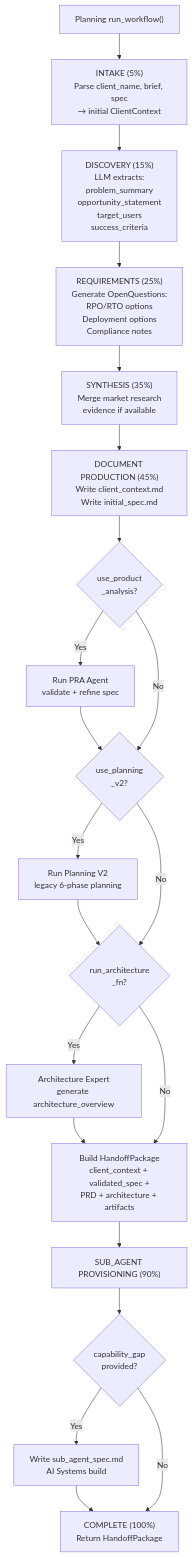
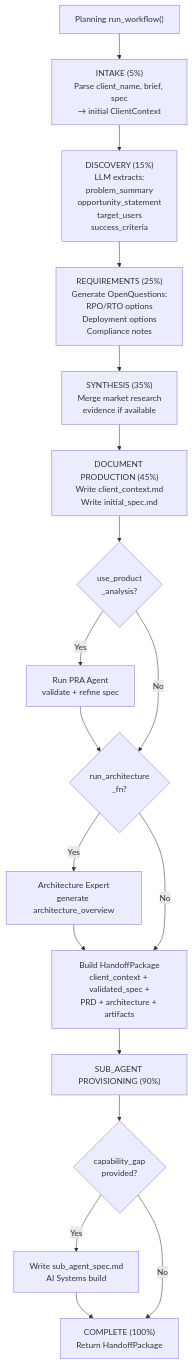
The eighth of 11 diagrams in backend/agents/software_engineering_team/system_design/SE_Flow_Charts.md (brandonkindred/Khala-Agentic-AI-Teams), drawn with Mermaid before and after one commit. The commit also changed other lines of this file and 20 other files, not shown here.

````diff
--- a/backend/agents/software_engineering_team/system_design/SE_Flow_Charts.md
+++ b/backend/agents/software_engineering_team/system_design/SE_Flow_Charts.md
@@ -331,47 +331,41 @@
 ```mermaid
 flowchart TD
     START["Planning run_workflow()"]
 
     INTAKE["INTAKE (5%)\nParse client_name, brief, spec\n→ initial ClientContext"]
 
     DISC["DISCOVERY (15%)\nLLM extracts:\nproblem_summary\nopportunity_statement\ntarget_users\nsuccess_criteria"]
 
     REQ["REQUIREMENTS (25%)\nGenerate OpenQuestions:\nRPO/RTO options\nDeployment options\nCompliance notes"]
 
     SYN["SYNTHESIS (35%)\nMerge market research\nevidence if available"]
 
     DOCPROD["DOCUMENT PRODUCTION (45%)\nWrite client_context.md\nWrite initial_spec.md"]
 
     PRA_OPT{"use_product\n_analysis?"}
     PRA_RUN["Run PRA Agent\nvalidate + refine spec"]
 
-    PV2_OPT{"use_planning\n_v2?"}
-    PV2_RUN["Run Planning V2\nlegacy 6-phase planning"]
-
     ARCH_OPT{"run_architecture\n_fn?"}
     ARCH_RUN["Architecture Expert\ngenerate architecture_overview"]
 
     HANDOFF["Build HandoffPackage\nclient_context + validated_spec +\nPRD + architecture + artifacts"]
 
     SUB["SUB_AGENT PROVISIONING (90%)"]
     GAP{"capability_gap\nprovided?"}
     BUILD["Write sub_agent_spec.md\nAI Systems build"]
 
     DONE["COMPLETE (100%)\nReturn HandoffPackage"]
 
     START --> INTAKE --> DISC --> REQ --> SYN --> DOCPROD
 
     DOCPROD --> PRA_OPT
-    PRA_OPT -->|Yes| PRA_RUN --> PV2_OPT
-    PRA_OPT -->|No| PV2_OPT
-
-    PV2_OPT -->|Yes| PV2_RUN --> ARCH_OPT
-    PV2_OPT -->|No| ARCH_OPT
+    PRA_OPT -->|Yes| PRA_RUN --> ARCH_OPT
+    PRA_OPT -->|No| ARCH_OPT
 
     ARCH_OPT -->|Yes| ARCH_RUN --> HANDOFF
     ARCH_OPT -->|No| HANDOFF
 
     HANDOFF --> SUB --> GAP
     GAP -->|Yes| BUILD --> DONE
     GAP -->|No| DONE
 ```
````
